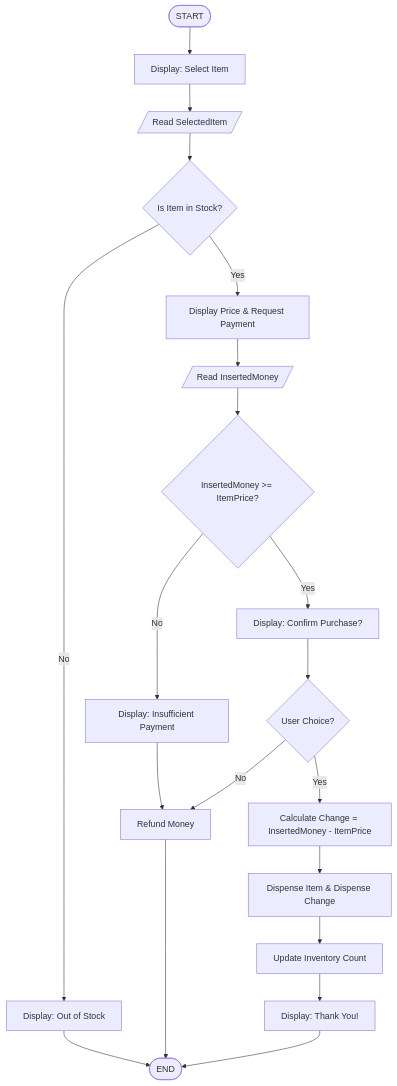
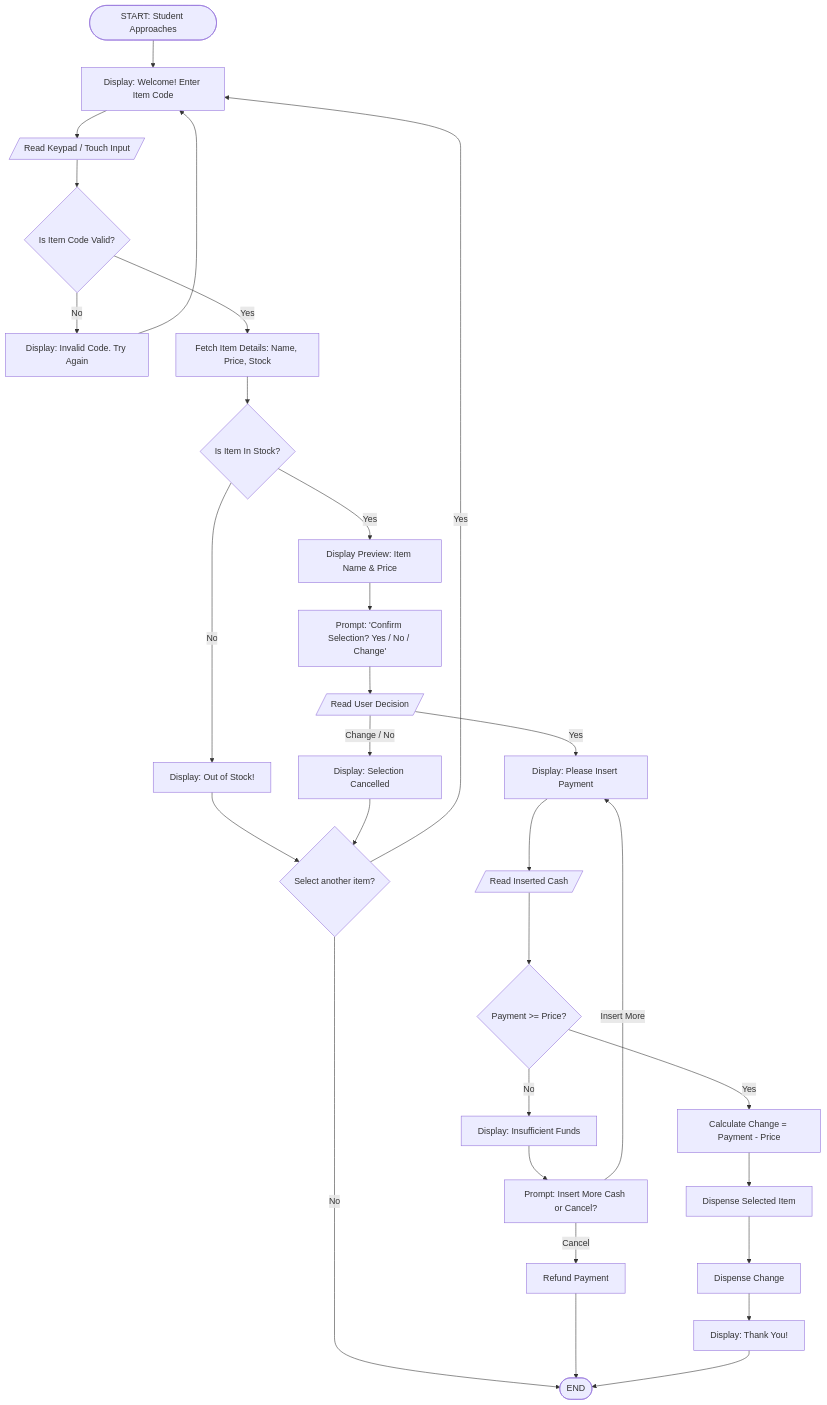
The diagram in q1/ctskillsBalinkilatCepillo.md (MeikoCepillo/CS3-Portfolio), drawn with Mermaid before and after one commit.

````diff
--- a/q1/ctskillsBalinkilatCepillo.md
+++ b/q1/ctskillsBalinkilatCepillo.md
@@ -39,22 +39,39 @@
 ```mermaid
 graph TD
-    A([START]) --> B[Display: Select Item]
-    B --> C[/Read SelectedItem/]
-    C --> D{Is Item in Stock?}
-    D -- No --> E[Display: Out of Stock]
-    E --> END([END])   
-    D -- Yes --> F[Display Price & Request Payment]
-    F --> G[/Read InsertedMoney/]
-    G --> H{InsertedMoney >= ItemPrice?}  
-    H -- No --> I[Display: Insufficient Payment]
-    I --> J[Refund Money]
-    J --> END  
-    H -- Yes --> K[Display: Confirm Purchase?]
-    K --> L{User Choice?} 
-    L -- No --> J
-    L -- Yes --> M[Calculate Change = InsertedMoney - ItemPrice]
-    M --> N[Dispense Item & Dispense Change]
-    N --> O[Update Inventory Count]
-    O --> P[Display: Thank You!]
-    P --> END
+    A([START: Student Approaches]) --> B[Display: Welcome! Enter Item Code]
+    B --> C[/Read Keypad / Touch Input/]
+    C --> D{Is Item Code Valid?}
+    
+    D -- No --> E[Display: Invalid Code. Try Again]
+    E --> B
+    
+    D -- Yes --> F[Fetch Item Details: Name, Price, Stock]
+    F --> G{Is Item In Stock?}
+    
+    G -- No --> H[Display: Out of Stock!]
+    H --> I{Select another item?}
+    I -- Yes --> B
+    I -- No --> Z([END])
+    
+    G -- Yes --> J[Display Preview: Item Name & Price]
+    J --> K[Prompt: 'Confirm Selection? Yes / No / Change']
+    K --> L[/Read User Decision/]
+    
+    L -- Change / No --> M[Display: Selection Cancelled]
+    M --> I
+    
+    L -- Yes --> N[Display: Please Insert Payment]
+    N --> O[/Read Inserted Cash/]
+    O --> P{Payment >= Price?}
+    
+    P -- No --> Q[Display: Insufficient Funds]
+    Q --> R[Prompt: Insert More Cash or Cancel?]
+    R -- Insert More --> N
+    R -- Cancel --> S[Refund Payment] --> Z
+    
+    P -- Yes --> T[Calculate Change = Payment - Price]
+    T --> U[Dispense Selected Item]
+    U --> V[Dispense Change]
+    V --> W[Display: Thank You!]
+    W --> Z
 ```
````
